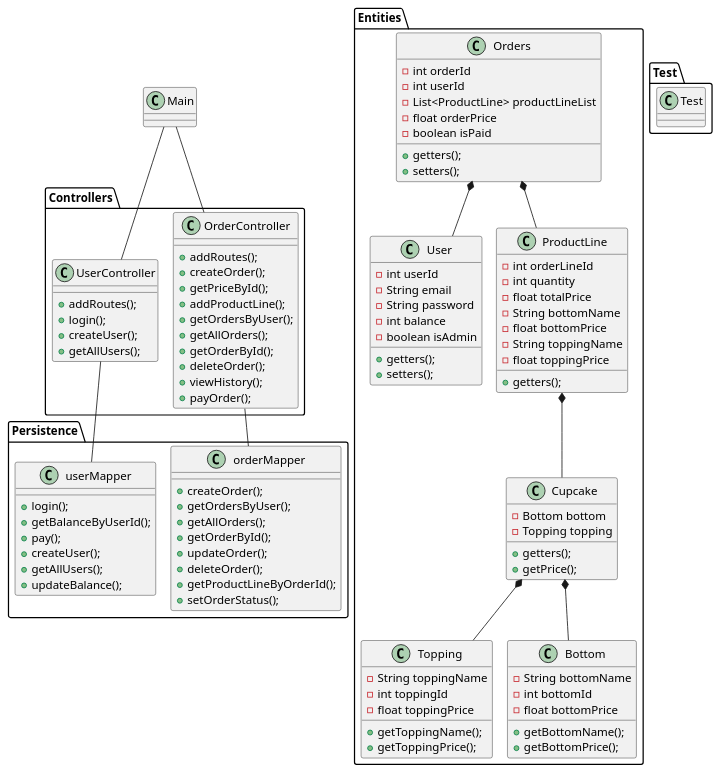
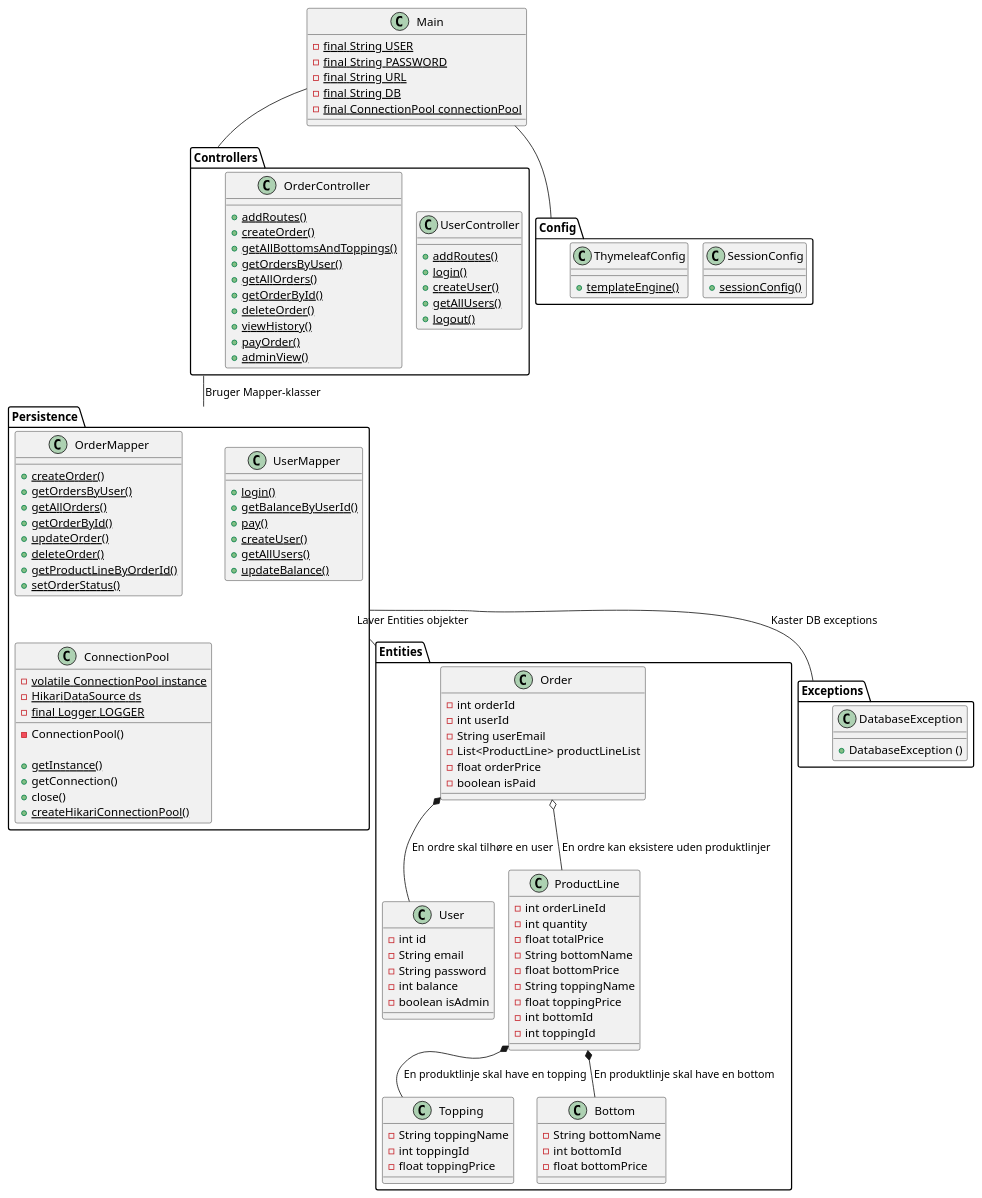
One commit to NightOwl-M/Cupcake-projekt changed the diagram in Docs/ClassDiagram.puml. Above: the diagram before and after it, drawn with PlantUML. The commit also changed 1 other file, not shown here.

Commit message:
opdatering til klassediagram

```diff
--- a/Docs/ClassDiagram.puml
+++ b/Docs/ClassDiagram.puml
@@ -1,118 +1,142 @@
 @startuml
 !pragma Layout smetana
 
     class Main {
+    - {static} final String USER
+    - {static} final String PASSWORD
+    - {static} final String URL
+    - {static} final String DB
+    - {static} final ConnectionPool connectionPool
     }
 
 package "Entities" {
-    class Cupcake {
-    - Bottom bottom
-    - Topping topping
-    + getters();
-    + getPrice();
-    }
-
     class Topping {
     - String toppingName
     - int toppingId
     - float toppingPrice
-    + getToppingName();
-    + getToppingPrice();
     }
 
     class Bottom {
     - String bottomName
     - int bottomId
     - float bottomPrice
-    + getBottomName();
-    + getBottomPrice();
     }
 
     class User {
-    - int userId
+    - int id
     - String email
     - String password
     - int balance
     - boolean isAdmin
-    + getters();
-    + setters();
     }
+
     class ProductLine {
     - int orderLineId
     - int quantity
     - float totalPrice
     - String bottomName
     - float bottomPrice
     - String toppingName
     - float toppingPrice
-    + getters();
+    - int bottomId
+    - int toppingId
     }
 
-    class Orders {
+    class Order {
     - int orderId
     - int userId
+    - String userEmail
     - List<ProductLine> productLineList
     - float orderPrice
     - boolean isPaid
-    + getters();
-    + setters();
     }
 }
-Cupcake *-- Topping
-Cupcake *-- Bottom
+
 
 package "Persistence" {
-    class orderMapper {
-    + createOrder();
-    + getOrdersByUser();
-    + getAllOrders();
-    + getOrderById();
-    + updateOrder();
-    + deleteOrder();
-    + getProductLineByOrderId();
-    + setOrderStatus();
+    class OrderMapper {
+    + {static} createOrder()
+    + {static} getOrdersByUser()
+    + {static} getAllOrders()
+    + {static} getOrderById()
+    + {static} updateOrder()
+    + {static} deleteOrder()
+    + {static} getProductLineByOrderId()
+    + {static} setOrderStatus()
     }
-class userMapper {
-    + login();
-    + getBalanceByUserId();
-    + pay();
-    + createUser();
-    + getAllUsers();
-    + updateBalance();
+class UserMapper {
+    + {static} login()
+    + {static} getBalanceByUserId()
+    + {static} pay()
+    + {static} createUser()
+    + {static} getAllUsers()
+    + {static} updateBalance()
     }
+
+    class ConnectionPool {
+        - {static} volatile ConnectionPool instance
+        - {static} HikariDataSource ds
+        - {static} final Logger LOGGER
+
+        - ConnectionPool()
+
+        + {static} getInstance()
+        + getConnection()
+        + close()
+        + {static} createHikariConnectionPool()
+        }
 }
-Orders *-- ProductLine
-Orders *-- User
-ProductLine *-- Cupcake
+
 
 package "Controllers" {
     class UserController {
-    + addRoutes();
-    + login();
-    + createUser();
-    + getAllUsers();
+    + {static} addRoutes()
+    + {static} login()
+    + {static} createUser()
+    + {static} getAllUsers()
+    + {static} logout()
     }
 
     class OrderController {
-    + addRoutes();
-    + createOrder();
-    + getPriceById();
-    + addProductLine();
-    + getOrdersByUser();
-    + getAllOrders();
-    + getOrderById();
-    + deleteOrder();
-    + viewHistory();
-    + payOrder();
+    + {static} addRoutes()
+    + {static} createOrder()
+    + {static} getAllBottomsAndToppings()
+    + {static} getOrdersByUser()
+    + {static} getAllOrders()
+    + {static} getOrderById()
+    + {static} deleteOrder()
+    + {static} viewHistory()
+    + {static} payOrder()
+    + {static} adminView()
     }
 }
-package "Test" {
-    class Test {
+package "Config" {
+    class SessionConfig {
+     + {static} sessionConfig()
+     }
+    class ThymeleafConfig{
+    + {static} templateEngine()
     }
 }
-Main -- UserController
-Main -- OrderController
-UserController -- userMapper
-OrderController -- orderMapper
+
+package "Exceptions" {
+     class DatabaseException {
+     + DatabaseException ()
+      }
+}
+
+'Entitet relationer
+Order *-- User: "En ordre skal tilhøre en user"
+Order o-- ProductLine: "En ordre kan eksistere uden produktlinjer"
+ProductLine *-- Topping: "En produktlinje skal have en topping"
+ProductLine *-- Bottom: "En produktlinje skal have en bottom"
+
+Main -- "Controllers"
+Main -- "Config"
+"Persistence" -- "Entities": Laver Entities objekter
+"Controllers" -- "Persistence": Bruger Mapper-klasser
+"Persistence" -- "Exceptions": Kaster DB exceptions
+
+
 
 @enduml
```
